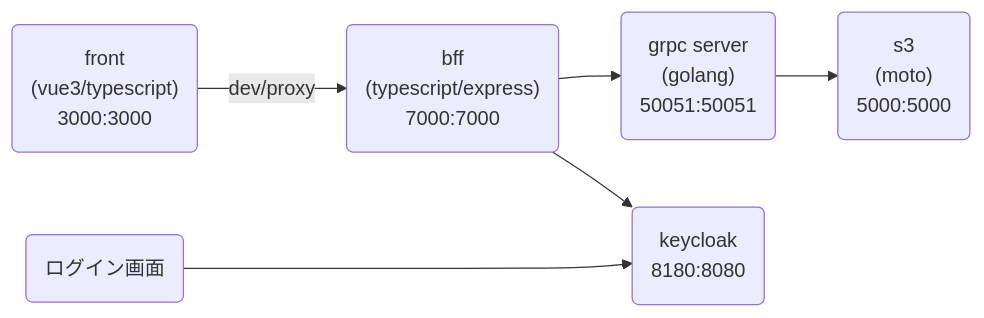
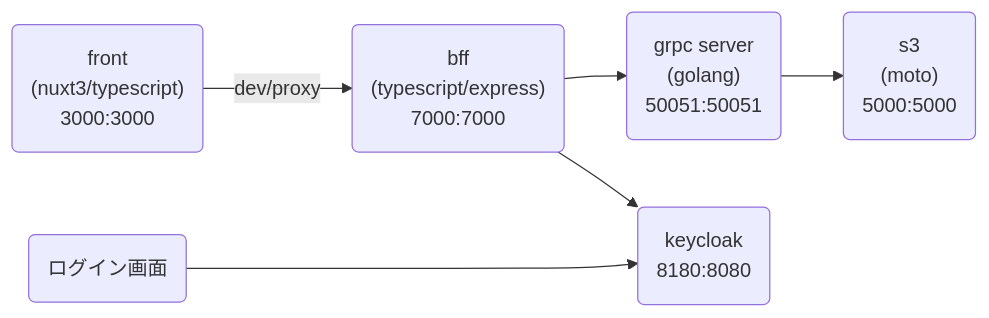
The diagram in README.md (yamagame/s3-grpc-server), drawn with Mermaid before and after one commit.

Commit message:
vue -> nuxt

````diff
--- a/README.md
+++ b/README.md
@@ -5,15 +5,15 @@
 ```mermaid
 graph LR;
   front("front
-  (vue3/typescript)
+  (nuxt3/typescript)
   3000:3000")-->|dev/proxy|bff("bff
   (typescript/express)
   7000:7000")-->grpc("grpc server
   (golang)
   50051:50051")-->s3("s3
   (moto)
   5000:5000");
   bff-->keycloak("keycloak
   8180:8080")
   login("ログイン画面")--->keycloak
 ```
````
